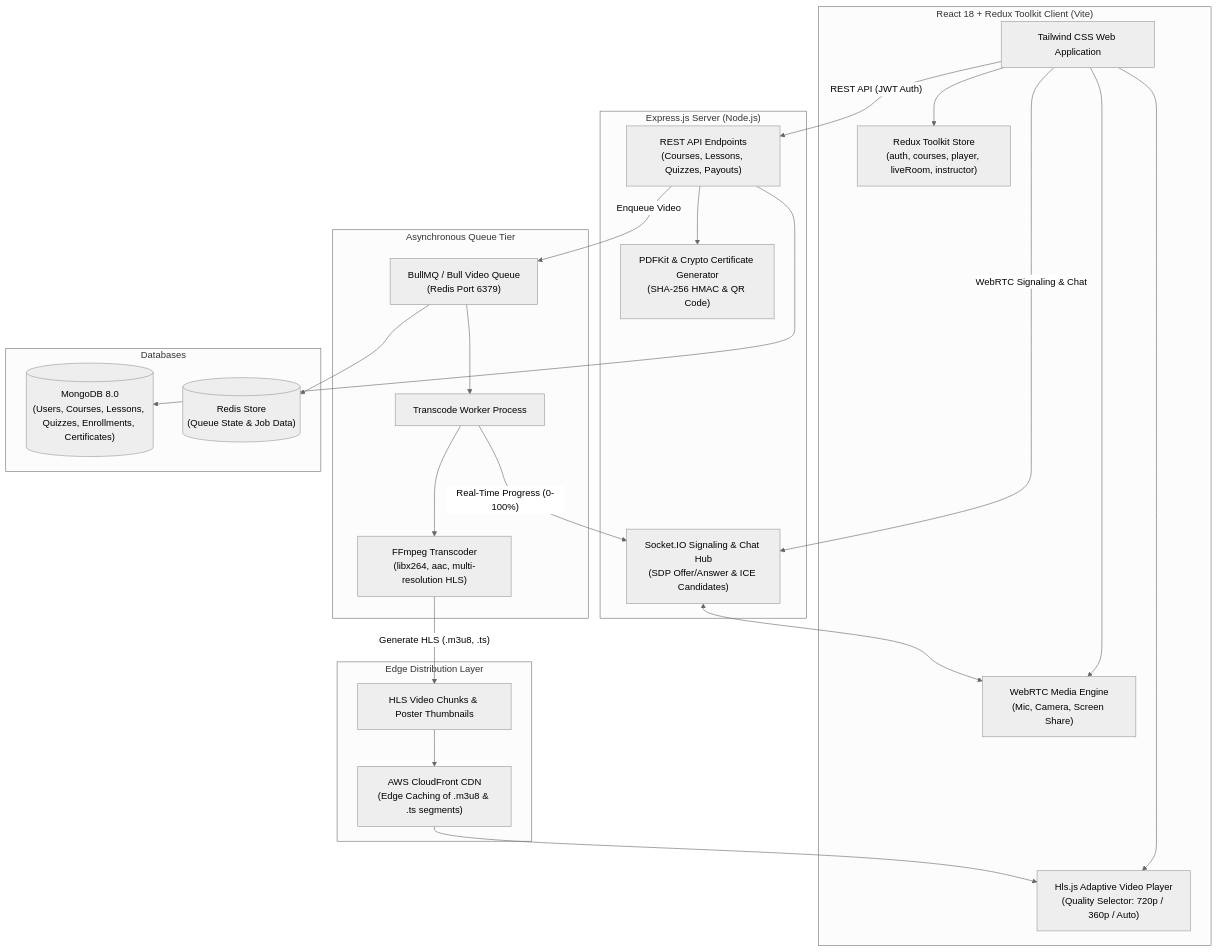
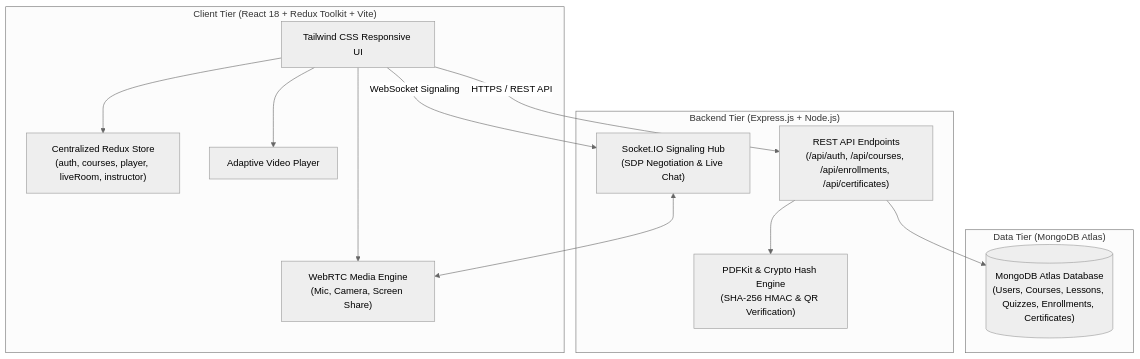
Before and after one commit to thomas2570/fullstack-internship-projects: the diagram in FS-03/README.md, drawn with Mermaid (neutral theme). The commit also changed other lines of this file and 9 other files, not shown here.

````diff
--- a/FS-03/README.md
+++ b/FS-03/README.md
@@ -31,49 +53,28 @@
 ```mermaid
 flowchart TD
-    subgraph Frontend["React 18 + Redux Toolkit Client (Vite)"]
-        UI["Tailwind CSS Web Application"]
-        Redux["Redux Toolkit Store\n(auth, courses, player, liveRoom, instructor)"]
-        HLSPlayer["Hls.js Adaptive Video Player\n(Quality Selector: 720p / 360p / Auto)"]
+    subgraph Frontend["Client Tier (React 18 + Redux Toolkit + Vite)"]
+        UI["Tailwind CSS Responsive UI"]
+        Redux["Centralized Redux Store\n(auth, courses, player, liveRoom, instructor)"]
         WebRTC["WebRTC Media Engine\n(Mic, Camera, Screen Share)"]
+        HLS["Adaptive Video Player"]
     end
 
-    subgraph EdgeDelivery["Edge Distribution Layer"]
-        CloudFront["AWS CloudFront CDN\n(Edge Caching of .m3u8 & .ts segments)"]
-        Storage["HLS Video Chunks & Poster Thumbnails"]
+    subgraph BackendAPI["Backend Tier (Express.js + Node.js)"]
+        Router["REST API Endpoints\n(/api/auth, /api/courses, /api/enrollments, /api/certificates)"]
+        Signaling["Socket.IO Signaling Hub\n(SDP Negotiation & Live Chat)"]
+        CertEngine["PDFKit & Crypto Hash Engine\n(SHA-256 HMAC & QR Verification)"]
     end
 
-    subgraph BackendAPI["Express.js Server (Node.js)"]
-        API["REST API Endpoints\n(Courses, Lessons, Quizzes, Payouts)"]
-        Signaling["Socket.IO Signaling & Chat Hub\n(SDP Offer/Answer & ICE Candidates)"]
-        CertService["PDFKit & Crypto Certificate Generator\n(SHA-256 HMAC & QR Code)"]
-    end
-
-    subgraph QueuePipeline["Asynchronous Queue Tier"]
-        BullQueue["BullMQ / Bull Video Queue\n(Redis Port 6379)"]
-        TranscodeWorker["Transcode Worker Process"]
-        FFmpegBin["FFmpeg Transcoder\n(libx264, aac, multi-resolution HLS)"]
-    end
-
-    subgraph StorageTier["Databases"]
-        Mongo[("MongoDB 8.0\n(Users, Courses, Lessons, Quizzes, Enrollments, Certificates)")]
-        RedisDB[("Redis Store\n(Queue State & Job Data)")]
+    subgraph Database["Data Tier (MongoDB Atlas)"]
+        Mongo[("MongoDB Atlas Database\n(Users, Courses, Lessons, Quizzes, Enrollments, Certificates)")]
     end
 
     UI --> Redux
-    UI --> HLSPlayer
     UI --> WebRTC
-    UI -- "REST API (JWT Auth)" --> API
-    UI -- "WebRTC Signaling & Chat" --> Signaling
-    CloudFront --> HLSPlayer
-    Storage --> CloudFront
-
-    API -- "Enqueue Video" --> BullQueue
-    BullQueue --> RedisDB
-    BullQueue --> TranscodeWorker
-    TranscodeWorker --> FFmpegBin
-    FFmpegBin -- "Generate HLS (.m3u8, .ts)" --> Storage
-    TranscodeWorker -- "Real-Time Progress (0-100%)" --> Signaling
-    API --> CertService
-    API --> Mongo
+    UI --> HLS
+    UI -- "HTTPS / REST API" --> Router
+    UI -- "WebSocket Signaling" --> Signaling
+    Router --> CertEngine
+    Router --> Mongo
     Signaling <--> WebRTC
 ```
````
